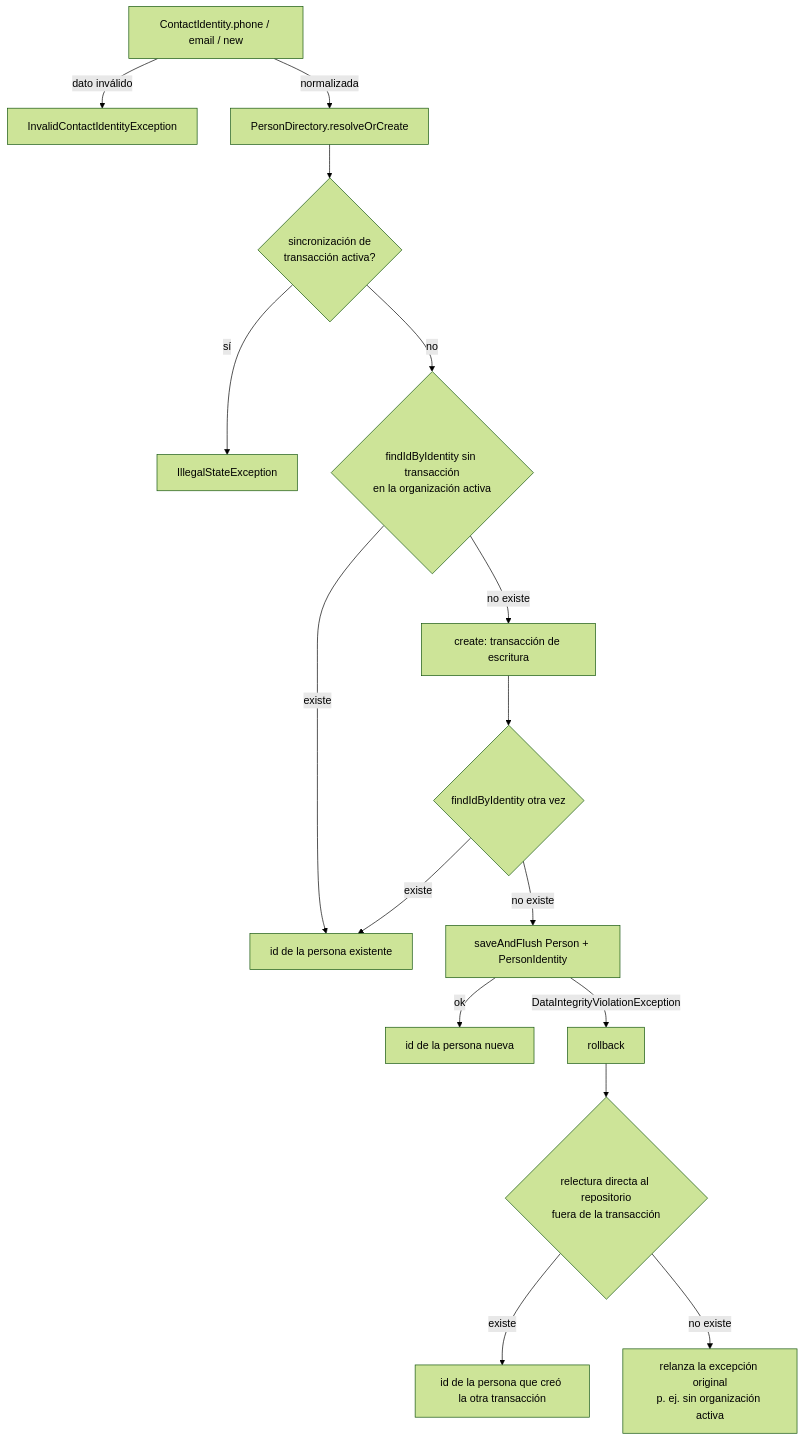
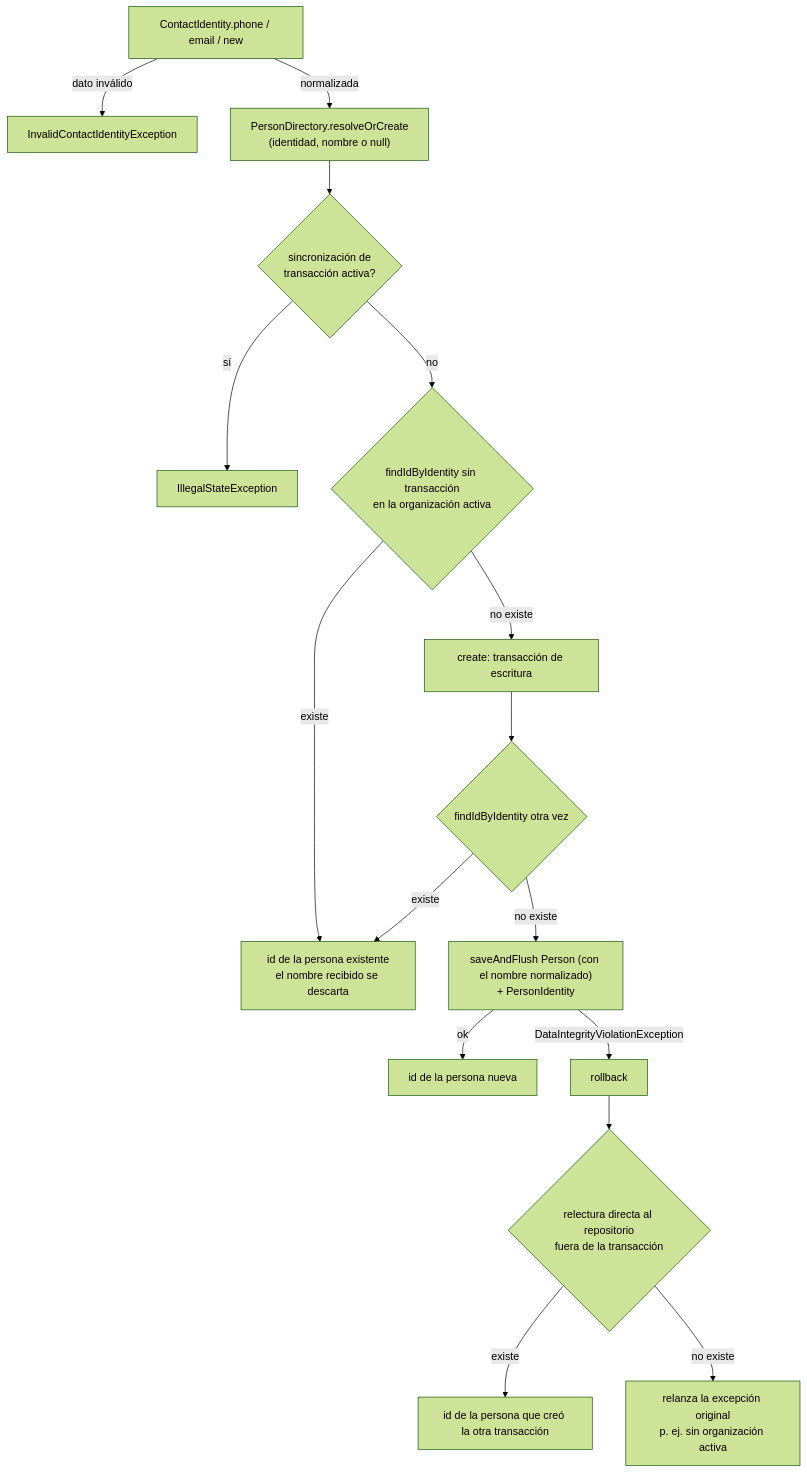
Before and after one commit to zapmaxvevo/communicator-one: the first of 2 diagrams in docs/personas.md, drawn with Mermaid (forest theme). The commit also changed other lines of this file and 19 other files, not shown here.

First line of the commit message:
Guardar el nombre visible de la persona desde el perfil de WhatsApp

````diff
--- a/docs/personas.md
+++ b/docs/personas.md
@@ -122,18 +138,18 @@
 ```mermaid
 flowchart TD
     C[ContactIdentity.phone / email / new] -->|dato inválido| X[InvalidContactIdentityException]
-    C -->|normalizada| R[PersonDirectory.resolveOrCreate]
+    C -->|normalizada| R["PersonDirectory.resolveOrCreate<br/>(identidad, nombre o null)"]
     R --> G{sincronización de<br/>transacción activa?}
     G -->|sí| I[IllegalStateException]
     G -->|no| F0{findIdByIdentity sin transacción<br/>en la organización activa}
-    F0 -->|existe| ID[id de la persona existente]
+    F0 -->|existe| ID[id de la persona existente<br/>el nombre recibido se descarta]
     F0 -->|no existe| W[create: transacción de escritura]
     W --> F{findIdByIdentity otra vez}
     F -->|existe| ID
-    F -->|no existe| S[saveAndFlush Person + PersonIdentity]
+    F -->|no existe| S["saveAndFlush Person (con el nombre normalizado)<br/>+ PersonIdentity"]
     S -->|ok| NEW[id de la persona nueva]
     S -->|DataIntegrityViolationException| RB[rollback]
     RB --> RR{relectura directa al repositorio<br/>fuera de la transacción}
     RR -->|existe| ID2[id de la persona que creó la otra transacción]
     RR -->|no existe| E[relanza la excepción original<br/>p. ej. sin organización activa]
 ```
````
